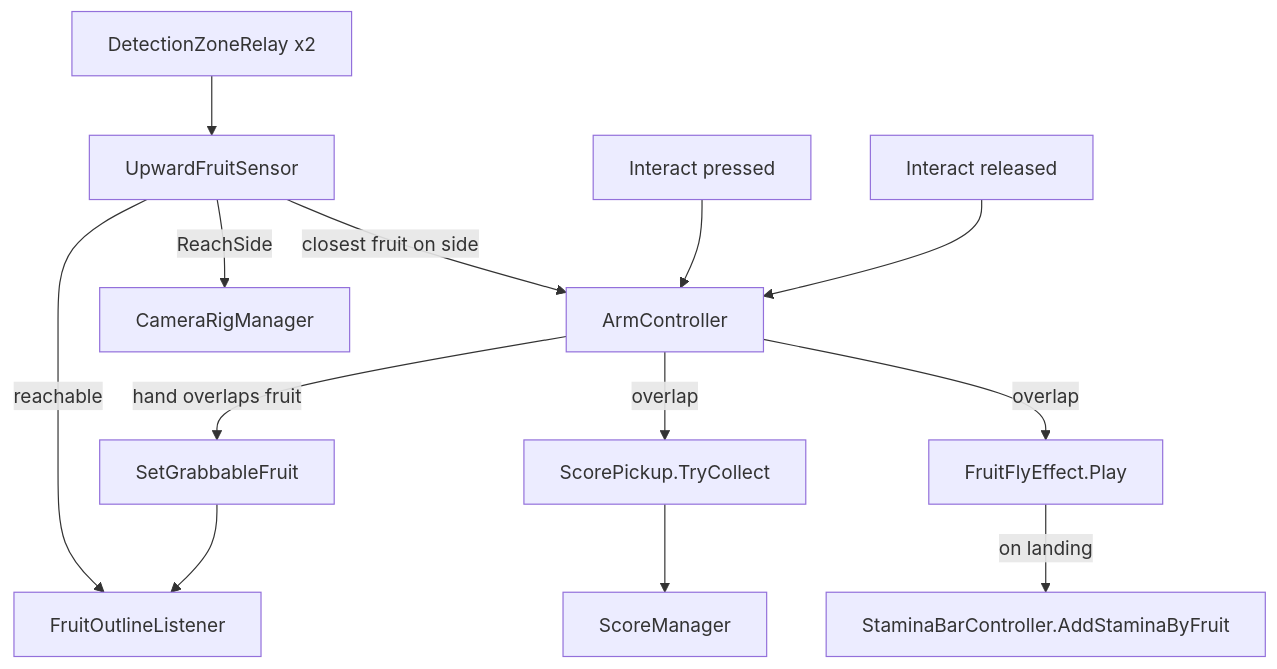
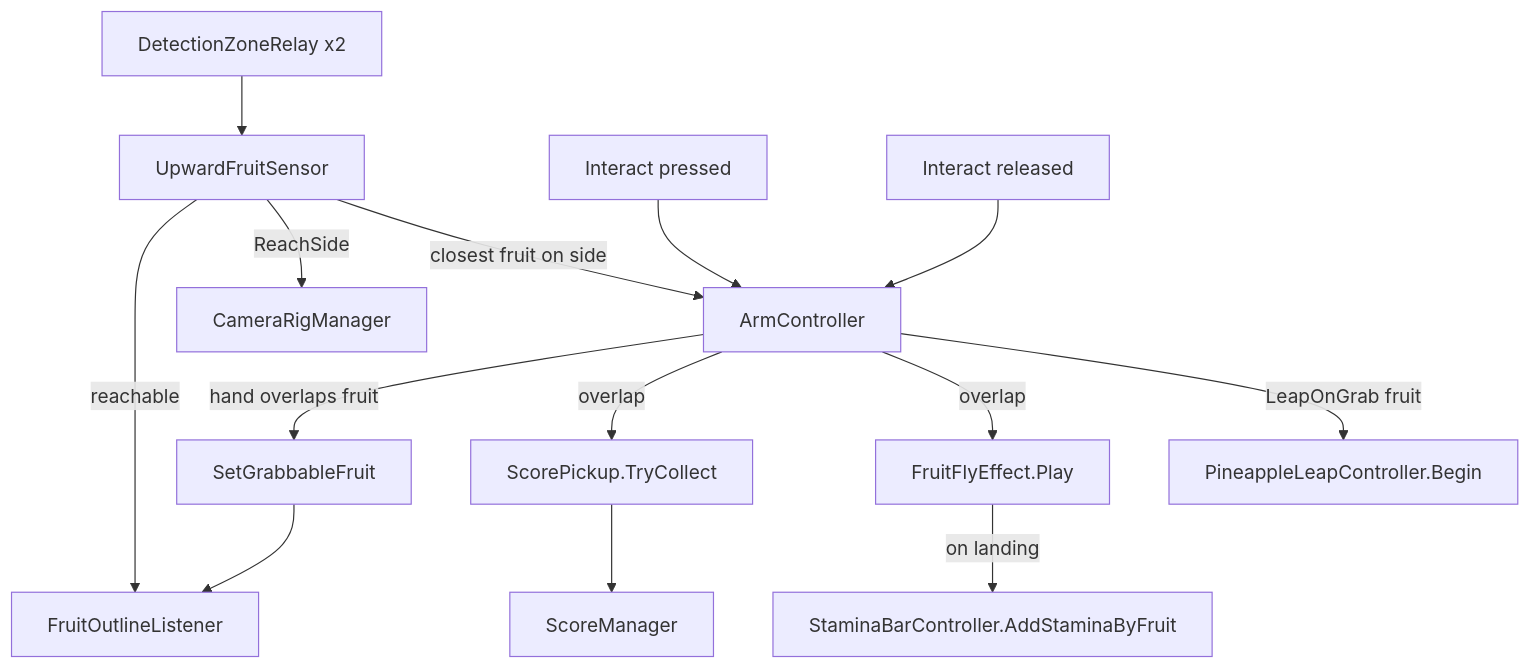
One commit to CSCI-526/Team4-Lu_Lu changed the diagram in docs/grab-doc.md. Above: the diagram before and after it, drawn with Mermaid. The commit also changed other lines of this file and 7 other files, not shown here.

First line of the commit message:
document pineapple spawn, leap & hazard immunity

````diff
--- a/docs/grab-doc.md
+++ b/docs/grab-doc.md
@@ -7,15 +7,16 @@
 ```mermaid
 graph TD
   Zones[DetectionZoneRelay x2] --> Fruit[UpwardFruitSensor]
   Fruit -->|reachable| Outline[FruitOutlineListener]
   Fruit -->|ReachSide| Cam[CameraRigManager]
   Press[Interact pressed] --> Arm[ArmController]
   Fruit -->|closest fruit on side| Arm
   Arm -->|hand overlaps fruit| Grabbable[SetGrabbableFruit]
   Grabbable --> Outline
   Release[Interact released] --> Arm
   Arm -->|overlap| Pickup[ScorePickup.TryCollect]
   Pickup --> Score[ScoreManager]
   Arm -->|overlap| Fly[FruitFlyEffect.Play]
   Fly -->|on landing| Stamina[StaminaBarController.AddStaminaByFruit]
+  Arm -->|LeapOnGrab fruit| Leap[PineappleLeapController.Begin]
 ```
````
